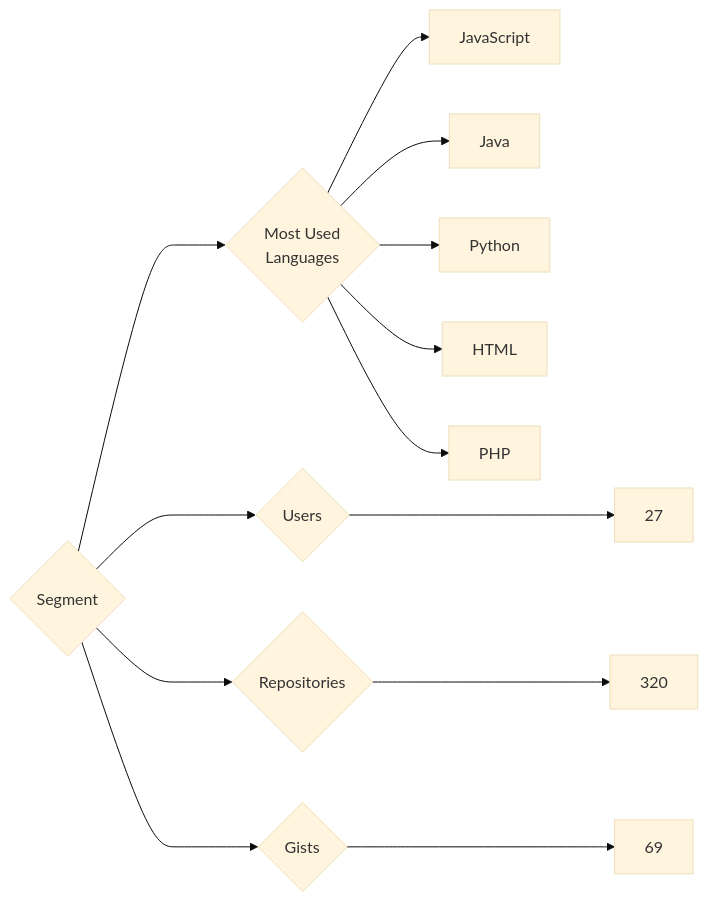
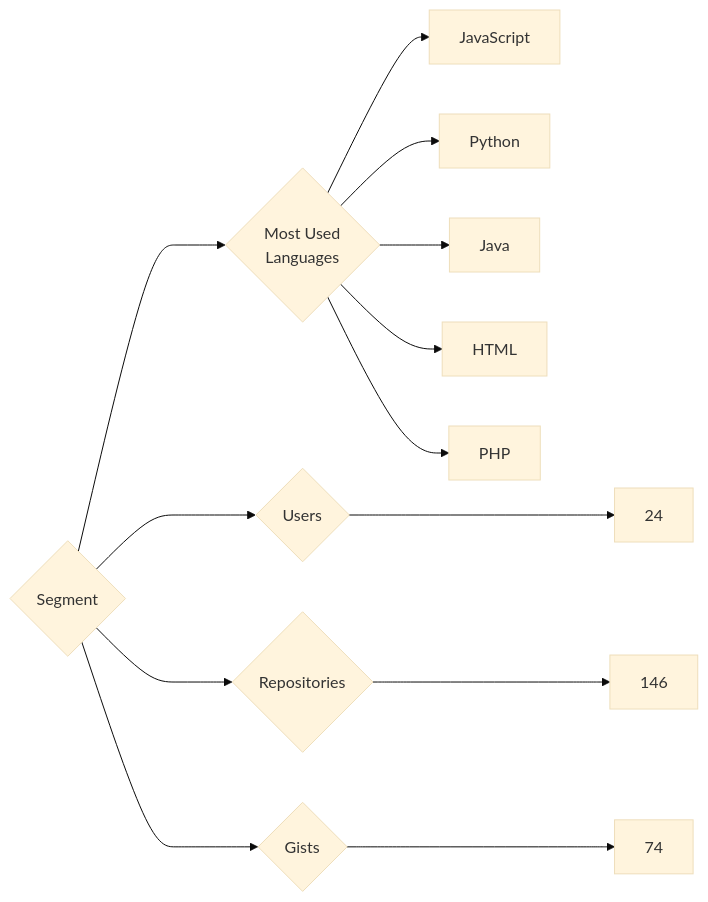
One commit to trickest/insiders changed the diagram in targets/Segment/README.md. Above: the diagram before and after it, drawn with Mermaid (base theme). The commit also changed 814 other files, not shown here.

````diff
--- a/targets/Segment/README.md
+++ b/targets/Segment/README.md
@@ -3,13 +3,13 @@
 ```mermaid
 graph LR
 COMPANY_NAME{Segment}
-COMPANY_NAME ---> U{Users} ---> UN[27]
-COMPANY_NAME ---> R{Repositories} ---> RN[320]
-COMPANY_NAME ---> G{Gists} ---> GN[69]
+COMPANY_NAME ---> U{Users} ---> UN[24]
+COMPANY_NAME ---> R{Repositories} ---> RN[146]
+COMPANY_NAME ---> G{Gists} ---> GN[74]
 COMPANY_NAME ---> ML{Most Used<br>Languages}
 ML --> JavaScript[JavaScript]
+ML --> Python[Python]
 ML --> Java[Java]
-ML --> Python[Python]
 ML --> HTML[HTML]
 ML --> PHP[PHP]
 ```
````
